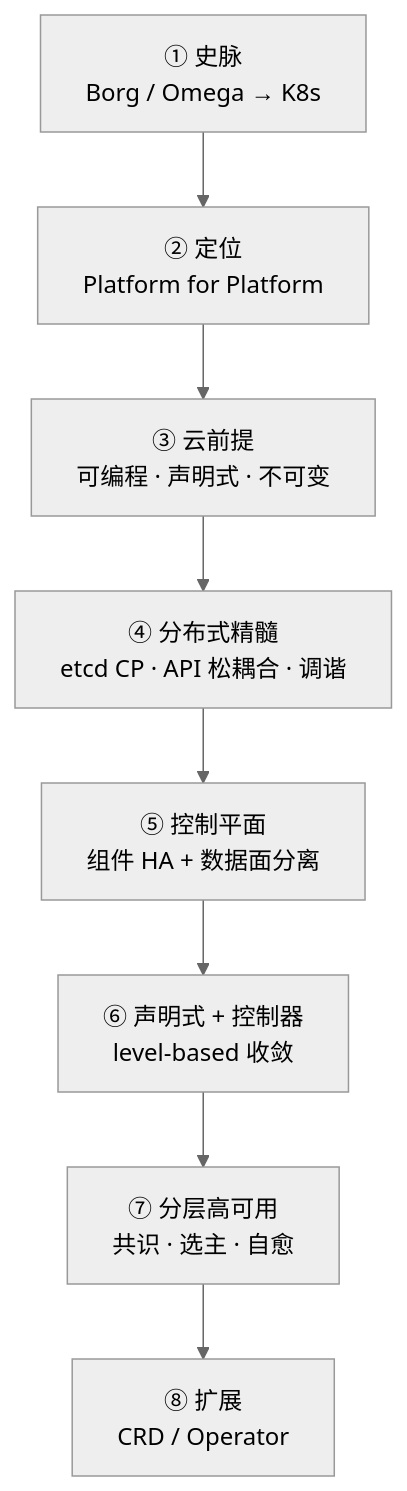
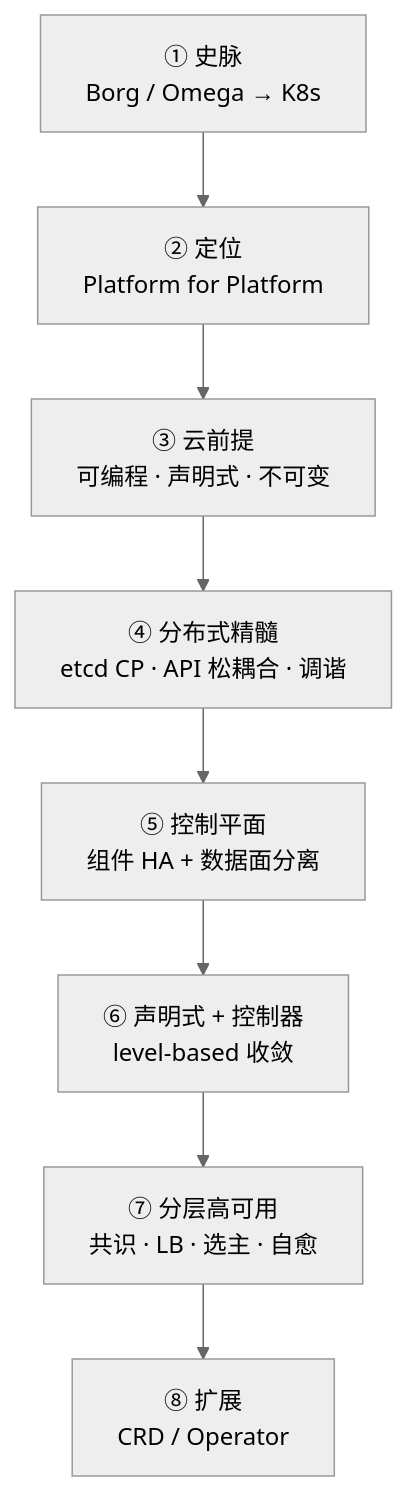
One commit to xiaxinyu/knowledge_base changed the first of 3 diagrams in kubernetes-design-philosophy.md. Above: the diagram before and after it, drawn with Mermaid (neutral theme). The commit also changed other lines of this file, not shown here.

````diff
--- a/kubernetes-design-philosophy.md
+++ b/kubernetes-design-philosophy.md
@@ -41,13 +46,13 @@
 ```mermaid
 flowchart TB
   Hist["① 史脉<br/>Borg / Omega → K8s"]
   Pos["② 定位<br/>Platform for Platform"]
   Prem["③ 云前提<br/>可编程 · 声明式 · 不可变"]
   Dist["④ 分布式精髓<br/>etcd CP · API 松耦合 · 调谐"]
   Ctrl["⑤ 控制平面<br/>组件 HA + 数据面分离"]
   Decl["⑥ 声明式 + 控制器<br/>level-based 收敛"]
-  HA["⑦ 分层高可用<br/>共识 · 选主 · 自愈"]
+  HA["⑦ 分层高可用<br/>共识 · LB · 选主 · 自愈"]
   Ext["⑧ 扩展<br/>CRD / Operator"]
 
   Hist --> Pos --> Prem --> Dist --> Ctrl --> Decl --> HA --> Ext
 ```
````
